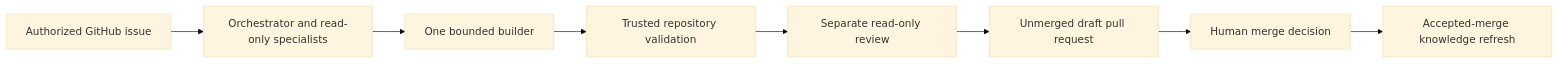
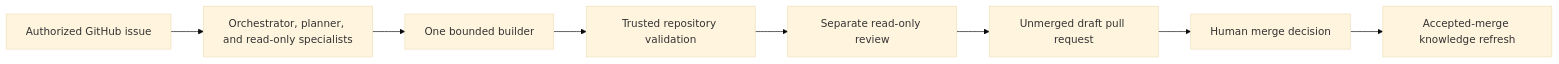
One commit to anirudhsengar/agentify changed the diagram in README.md. Above: the diagram before and after it, drawn with Mermaid (base theme). The commit also changed other lines of this file and 10 other files, not shown here.

````diff
--- a/README.md
+++ b/README.md
@@ -38,10 +38,10 @@
 ```mermaid
 flowchart LR
-    A[Authorized GitHub issue] --> B[Orchestrator and read-only specialists]
+    A[Authorized GitHub issue] --> B[Orchestrator, planner, and read-only specialists]
     B --> C[One bounded builder]
     C --> D[Trusted repository validation]
     D --> E[Separate read-only review]
     E --> F[Unmerged draft pull request]
     F --> G[Human merge decision]
     G --> H[Accepted-merge knowledge refresh]
 ```
````
